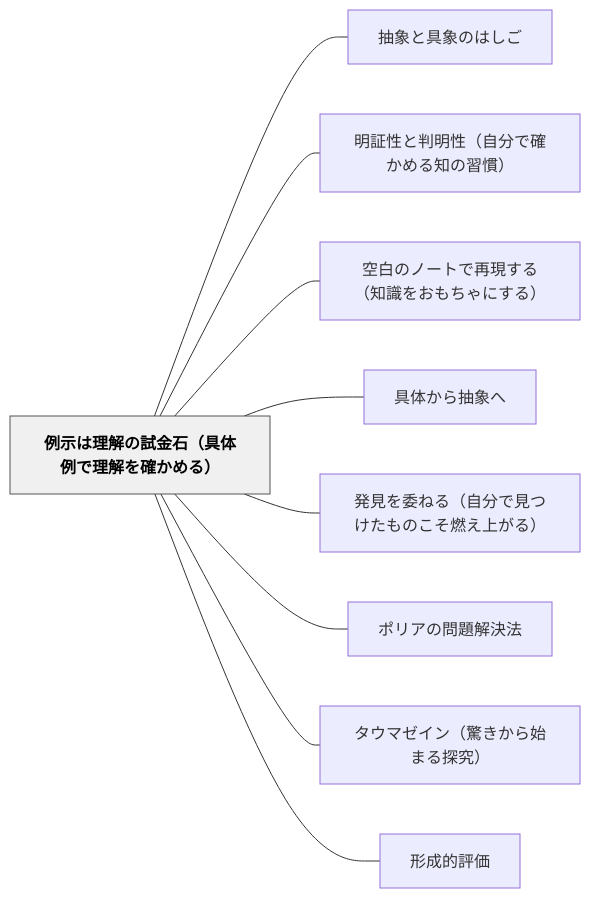
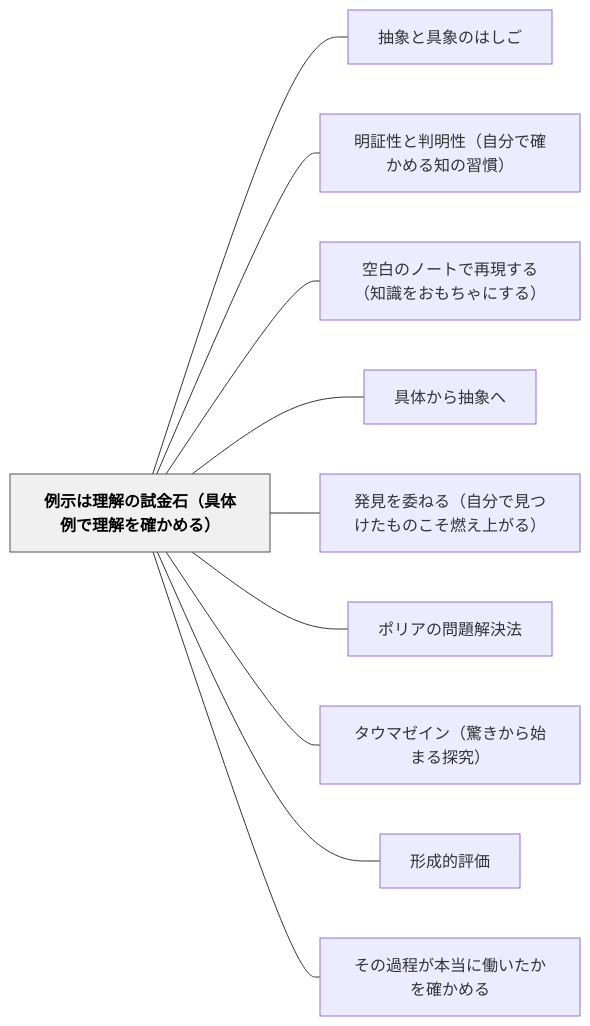
Before and after one commit to unknownthings-ed-patterns/unknownthings-ed-patterns: the diagram in content/パタン/例示は理解の試金石（具体例で理解を確かめる）.md, drawn with Mermaid. The commit also changed other lines of this file and 17 other files, not shown here.

````diff
--- a/content/パタン/例示は理解の試金石（具体例で理解を確かめる）.md
+++ b/content/パタン/例示は理解の試金石（具体例で理解を確かめる）.md
@@ -138,24 +140,26 @@
 ```mermaid
 flowchart LR
     ne4be8be7a4bae381afe79086e8a7a3e381aee8a9a6e98791e79fb3efbc88e585b7e4bd93e4be8be381a7e79086e8a7a3e38292e7a2bae3818be38281e3828befbc89["例示は理解の試金石（具体例で理解を確かめる）"]
     ne68abde8b1a1e381a8e585b7e8b1a1e381aee381afe38197e38194["抽象と具象のはしご"]
     ne6988ee8a8bce680a7e381a8e588a4e6988ee680a7efbc88e887aae58886e381a7e7a2bae3818be38281e3828be79fa5e381aee7bf92e685a3efbc89["明証性と判明性（自分で確かめる知の習慣）"]
     ne7a9bae799bde381aee3838ee383bce38388e381a7e5868de78fbee38199e3828befbc88e79fa5e8ad98e38292e3818ae38282e381a1e38283e381abe38199e3828befbc89["空白のノートで再現する（知識をおもちゃにする）"]
     ne585b7e4bd93e3818be38289e68abde8b1a1e381b8["具体から抽象へ"]
     ne799bae8a68be38292e5a794e381ade3828befbc88e887aae58886e381a7e8a68be381a4e38191e3819fe38282e381aee38193e3819de78783e38188e4b88ae3818ce3828befbc89["発見を委ねる（自分で見つけたものこそ燃え上がる）"]
     ne3839de383aae382a2e381aee5958fe9a18ce8a7a3e6b1bae6b395["ポリアの問題解決法"]
     ne382bfe382a6e3839ee382bce382a4e383b3efbc88e9a99ae3818de3818be38289e5a78be381bee3828be68ea2e7a9b6efbc89["タウマゼイン（驚きから始まる探究）"]
     ne5bda2e68890e79a84e8a995e4bea1["形成的評価"]
+    ne3819de381aee9818ee7a88be3818ce69cace5bd93e381abe5838de38184e3819fe3818be38292e7a2bae3818be38281e3828b["その過程が本当に働いたかを確かめる"]
 
     ne4be8be7a4bae381afe79086e8a7a3e381aee8a9a6e98791e79fb3efbc88e585b7e4bd93e4be8be381a7e79086e8a7a3e38292e7a2bae3818be38281e3828befbc89 --- ne68abde8b1a1e381a8e585b7e8b1a1e381aee381afe38197e38194
     ne4be8be7a4bae381afe79086e8a7a3e381aee8a9a6e98791e79fb3efbc88e585b7e4bd93e4be8be381a7e79086e8a7a3e38292e7a2bae3818be38281e3828befbc89 --- ne6988ee8a8bce680a7e381a8e588a4e6988ee680a7efbc88e887aae58886e381a7e7a2bae3818be38281e3828be79fa5e381aee7bf92e685a3efbc89
     ne4be8be7a4bae381afe79086e8a7a3e381aee8a9a6e98791e79fb3efbc88e585b7e4bd93e4be8be381a7e79086e8a7a3e38292e7a2bae3818be38281e3828befbc89 --- ne7a9bae799bde381aee3838ee383bce38388e381a7e5868de78fbee38199e3828befbc88e79fa5e8ad98e38292e3818ae38282e381a1e38283e381abe38199e3828befbc89
     ne4be8be7a4bae381afe79086e8a7a3e381aee8a9a6e98791e79fb3efbc88e585b7e4bd93e4be8be381a7e79086e8a7a3e38292e7a2bae3818be38281e3828befbc89 --- ne585b7e4bd93e3818be38289e68abde8b1a1e381b8
     ne4be8be7a4bae381afe79086e8a7a3e381aee8a9a6e98791e79fb3efbc88e585b7e4bd93e4be8be381a7e79086e8a7a3e38292e7a2bae3818be38281e3828befbc89 --- ne799bae8a68be38292e5a794e381ade3828befbc88e887aae58886e381a7e8a68be381a4e38191e3819fe38282e381aee38193e3819de78783e38188e4b88ae3818ce3828befbc89
     ne4be8be7a4bae381afe79086e8a7a3e381aee8a9a6e98791e79fb3efbc88e585b7e4bd93e4be8be381a7e79086e8a7a3e38292e7a2bae3818be38281e3828befbc89 --- ne3839de383aae382a2e381aee5958fe9a18ce8a7a3e6b1bae6b395
     ne4be8be7a4bae381afe79086e8a7a3e381aee8a9a6e98791e79fb3efbc88e585b7e4bd93e4be8be381a7e79086e8a7a3e38292e7a2bae3818be38281e3828befbc89 --- ne382bfe382a6e3839ee382bce382a4e383b3efbc88e9a99ae3818de3818be38289e5a78be381bee3828be68ea2e7a9b6efbc89
     ne4be8be7a4bae381afe79086e8a7a3e381aee8a9a6e98791e79fb3efbc88e585b7e4bd93e4be8be381a7e79086e8a7a3e38292e7a2bae3818be38281e3828befbc89 --- ne5bda2e68890e79a84e8a995e4bea1
+    ne4be8be7a4bae381afe79086e8a7a3e381aee8a9a6e98791e79fb3efbc88e585b7e4bd93e4be8be381a7e79086e8a7a3e38292e7a2bae3818be38281e3828befbc89 --- ne3819de381aee9818ee7a88be3818ce69cace5bd93e381abe5838de38184e3819fe3818be38292e7a2bae3818be38281e3828b
 
     classDef hub fill:#f0f0f0,stroke:#555,color:#000,font-weight:bold
     class ne4be8be7a4bae381afe79086e8a7a3e381aee8a9a6e98791e79fb3efbc88e585b7e4bd93e4be8be381a7e79086e8a7a3e38292e7a2bae3818be38281e3828befbc89 hub
 ```
````
